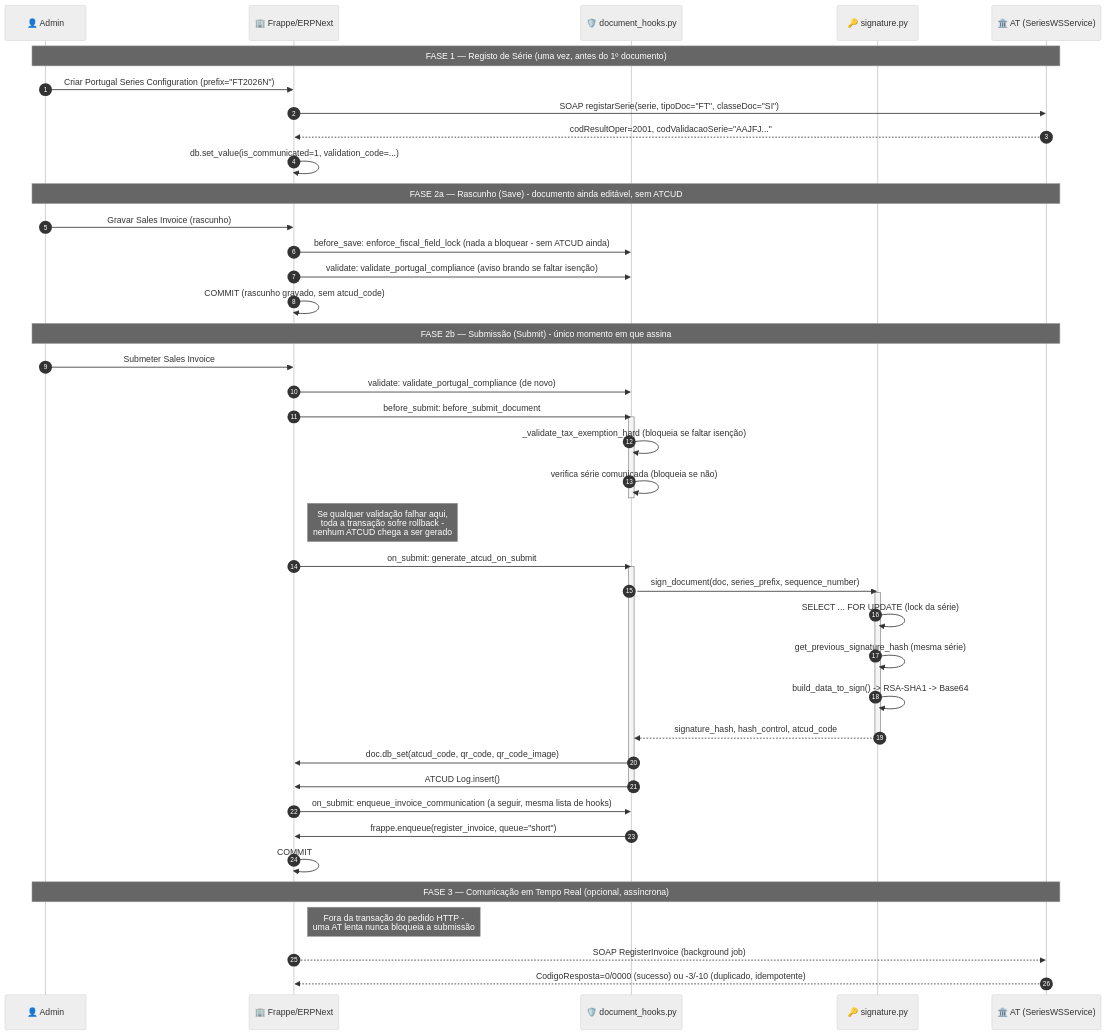
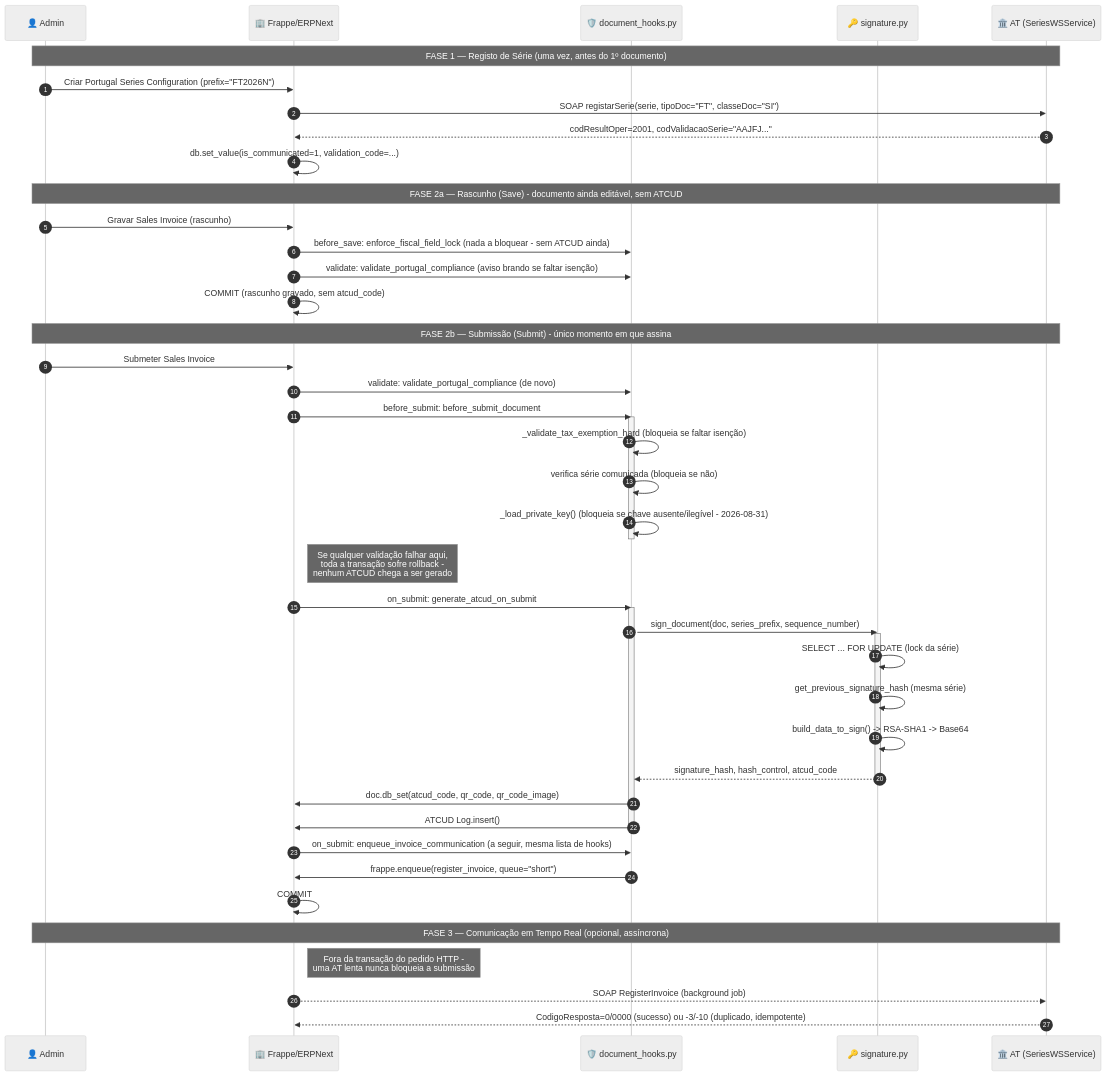
Before and after one commit to sun2dayo/portugal-compliance: the second of 5 diagrams in documentation/manual_arquitetura_comunicacao_at.md, drawn with Mermaid (neutral theme). The commit also changed 9 other files, not shown here.

````diff
--- a/documentation/manual_arquitetura_comunicacao_at.md
+++ b/documentation/manual_arquitetura_comunicacao_at.md
@@ -71,51 +71,52 @@
 ```mermaid
 sequenceDiagram
     autonumber
     participant Admin as 👤 Admin
     participant Frappe as 🏢 Frappe/ERPNext
     participant Hooks as 🛡️ document_hooks.py
     participant Sig as 🔑 signature.py
     participant AT as 🏛️ AT (SeriesWSService)
 
     note over Admin, AT: FASE 1 — Registo de Série (uma vez, antes do 1º documento)
     Admin->>Frappe: Criar Portugal Series Configuration (prefix="FT2026N")
     Frappe->>AT: SOAP registarSerie(serie, tipoDoc="FT", classeDoc="SI")
     AT-->>Frappe: codResultOper=2001, codValidacaoSerie="AAJFJ..."
     Frappe->>Frappe: db.set_value(is_communicated=1, validation_code=...)
 
     note over Admin, AT: FASE 2a — Rascunho (Save) - documento ainda editável, sem ATCUD
     Admin->>Frappe: Gravar Sales Invoice (rascunho)
     Frappe->>Hooks: before_save: enforce_fiscal_field_lock (nada a bloquear - sem ATCUD ainda)
     Frappe->>Hooks: validate: validate_portugal_compliance (aviso brando se faltar isenção)
     Frappe->>Frappe: COMMIT (rascunho gravado, sem atcud_code)
 
     note over Admin, AT: FASE 2b — Submissão (Submit) - único momento em que assina
     Admin->>Frappe: Submeter Sales Invoice
     Frappe->>Hooks: validate: validate_portugal_compliance (de novo)
     Frappe->>Hooks: before_submit: before_submit_document
     activate Hooks
     Hooks->>Hooks: _validate_tax_exemption_hard (bloqueia se faltar isenção)
     Hooks->>Hooks: verifica série comunicada (bloqueia se não)
+    Hooks->>Hooks: _load_private_key() (bloqueia se chave ausente/ilegível - 2026-08-31)
     deactivate Hooks
     note right of Frappe: Se qualquer validação falhar aqui,<br/>toda a transação sofre rollback -<br/>nenhum ATCUD chega a ser gerado
     Frappe->>Hooks: on_submit: generate_atcud_on_submit
     activate Hooks
     Hooks->>Sig: sign_document(doc, series_prefix, sequence_number)
     activate Sig
     Sig->>Sig: SELECT ... FOR UPDATE (lock da série)
     Sig->>Sig: get_previous_signature_hash (mesma série)
     Sig->>Sig: build_data_to_sign() -> RSA-SHA1 -> Base64
     Sig-->>Hooks: signature_hash, hash_control, atcud_code
     deactivate Sig
     Hooks->>Frappe: doc.db_set(atcud_code, qr_code, qr_code_image)
     Hooks->>Frappe: ATCUD Log.insert()
     deactivate Hooks
     Frappe->>Hooks: on_submit: enqueue_invoice_communication (a seguir, mesma lista de hooks)
     Hooks->>Frappe: frappe.enqueue(register_invoice, queue="short")
     Frappe->>Frappe: COMMIT
 
     note over Admin, AT: FASE 3 — Comunicação em Tempo Real (opcional, assíncrona)
     note right of Frappe: Fora da transação do pedido HTTP -<br/>uma AT lenta nunca bloqueia a submissão
     Frappe-->>AT: SOAP RegisterInvoice (background job)
     AT-->>Frappe: CodigoResposta=0/0000 (sucesso) ou -3/-10 (duplicado, idempotente)
 ```
````
